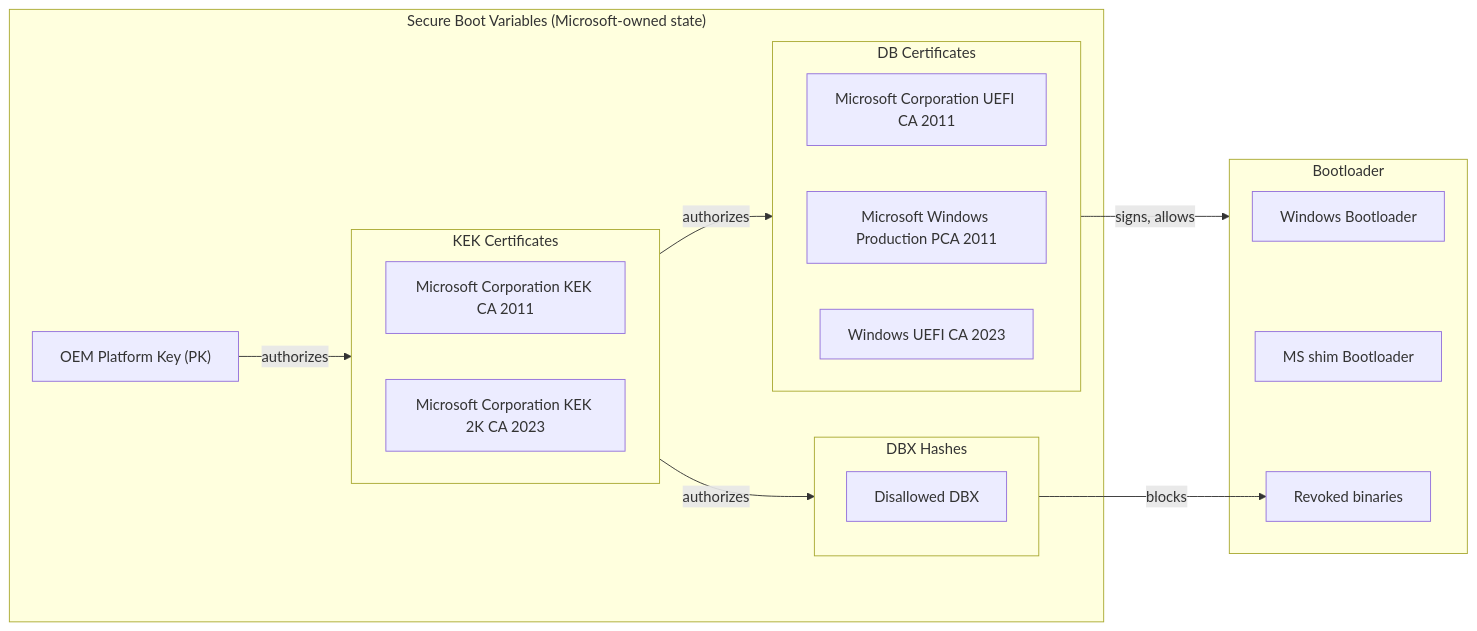
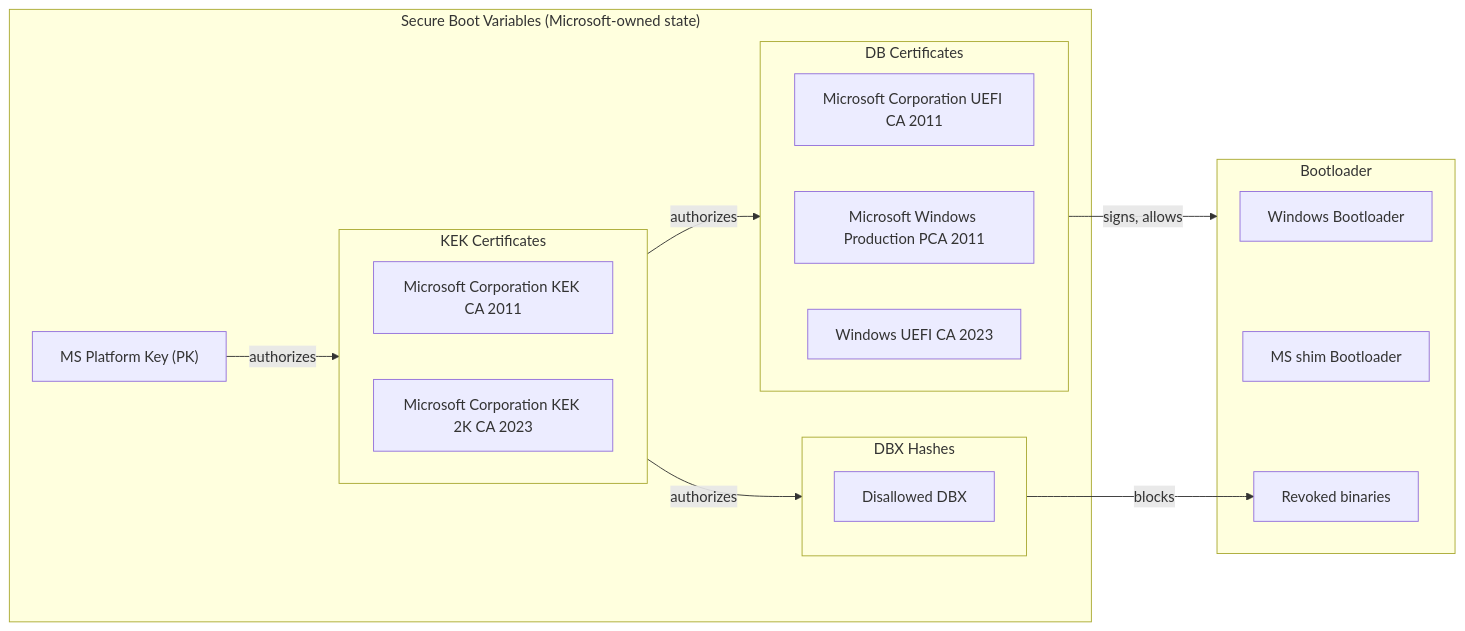
One commit to mcfbytes/sb-enema changed the second of 3 diagrams in README.md. Above: the diagram before and after it, drawn with Mermaid.

Commit message:
Fix MS Platform Key in Mermaid chart

````diff
--- a/README.md
+++ b/README.md
@@ -87,38 +87,38 @@
 ```mermaid
 flowchart LR
    subgraph SB["Secure Boot Variables (Microsoft-owned state)"]
-      PK["OEM Platform Key (PK)"]
+      PK["MS Platform Key (PK)"]
 
       subgraph KEK["KEK Certificates"]
          direction RL
 
          KEK2[Microsoft Corporation KEK CA 2011]
          KEK3[Microsoft Corporation KEK 2K CA 2023]
       end
 
       subgraph DB["DB Certificates"]
          direction RL
 
          DB2[Microsoft Corporation UEFI CA 2011]
          DB3[Microsoft Windows Production PCA 2011]
          DB4[Windows UEFI CA 2023]
       end
 
       subgraph DBX["DBX Hashes"]
          DBX1[Disallowed DBX]
       end
    end
 
    PK -->|authorizes| KEK
    KEK -->|authorizes| DB
    KEK -->|authorizes| DBX
 
    subgraph BL[Bootloader]
       OS[Windows Bootloader]
       SHIM[MS shim Bootloader]
       BAD[Revoked binaries]
    end
 
    DB -->|signs, allows| BL
    DBX -->|blocks| BAD
 ```
````
